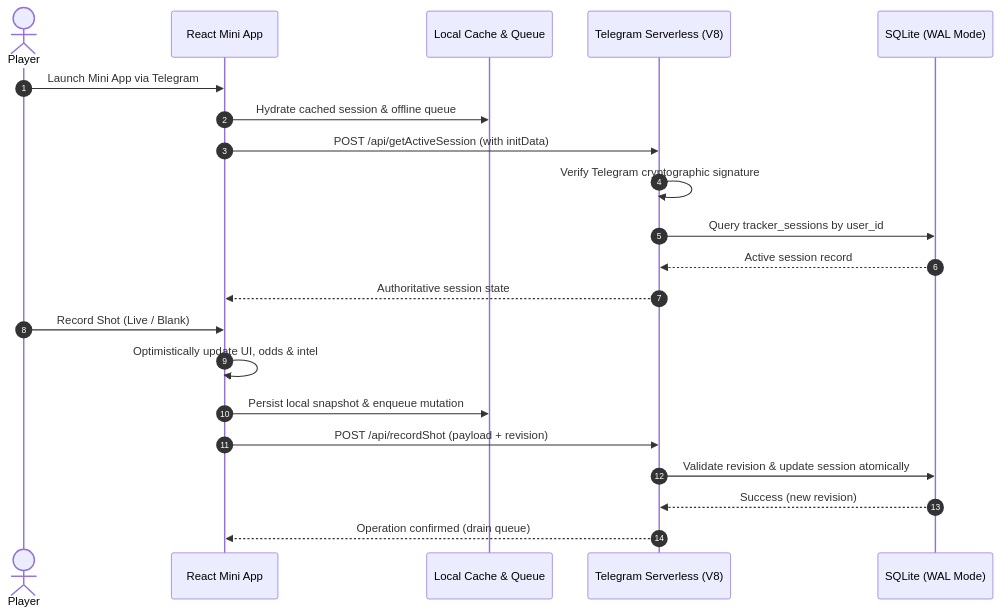
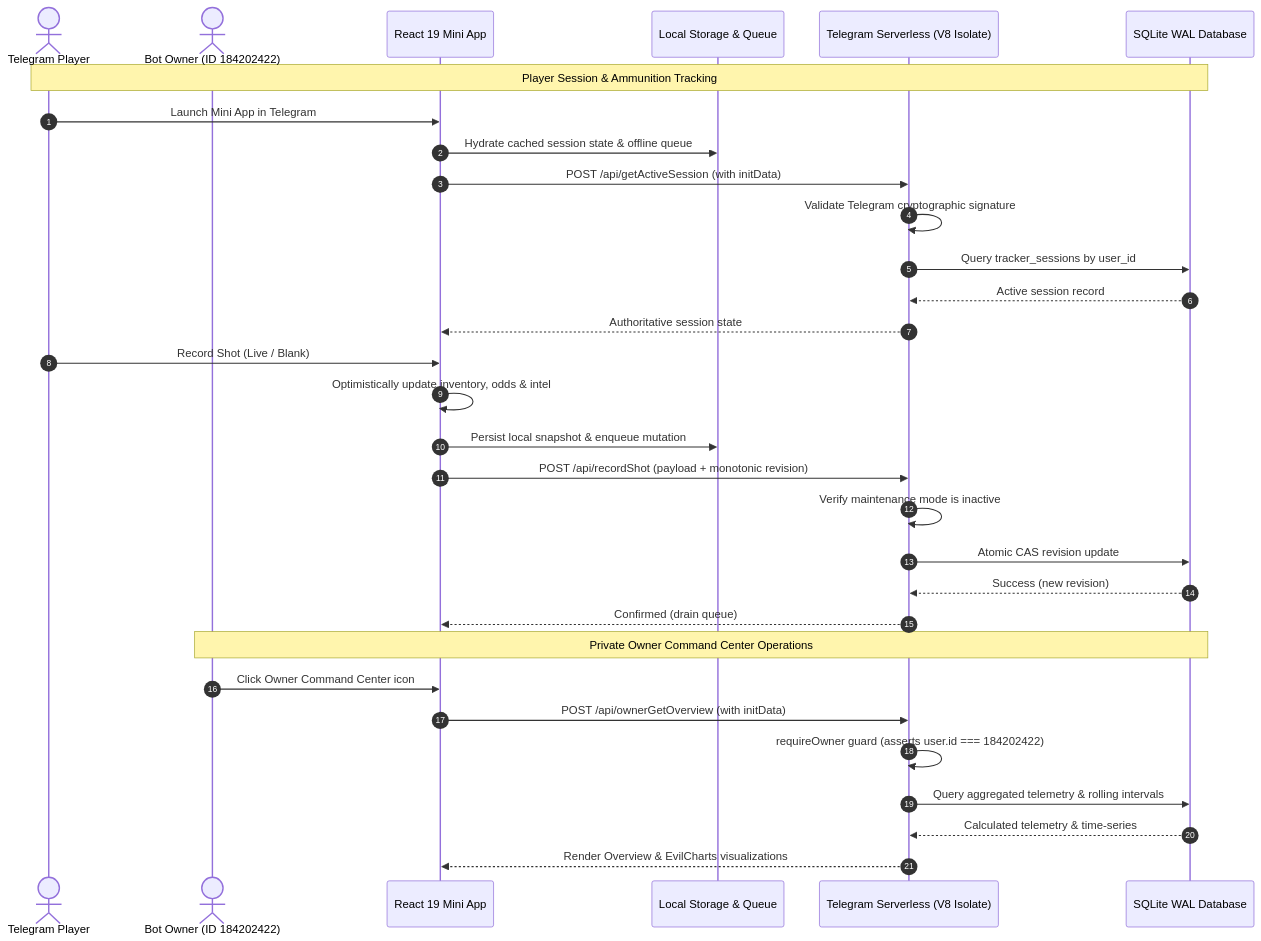
Before and after one commit to Greenhawk5/Buckshot-Tracker: the diagram in README.md, drawn with Mermaid. The commit also changed other lines of this file and 56 other files, not shown here.

Commit message:
feat(v1.2.0): complete owner command center and application redesign

````diff
--- a/README.md
+++ b/README.md
@@ -151,25 +161,37 @@
 ```mermaid
 sequenceDiagram
     autonumber
-    actor User as Player
-    participant App as React Mini App
-    participant Storage as Local Cache & Queue
-    participant Cloud as Telegram Serverless (V8)
-    participant DB as SQLite (WAL Mode)
+    actor Player as Telegram Player
+    actor Owner as Bot Owner (ID 184202422)
+    participant Client as React 19 Mini App
+    participant Storage as Local Storage & Queue
+    participant Serverless as Telegram Serverless (V8 Isolate)
+    participant DB as SQLite WAL Database
 
-    User->>App: Launch Mini App via Telegram
-    App->>Storage: Hydrate cached session & offline queue
-    App->>Cloud: POST /api/getActiveSession (with initData)
-    Cloud->>Cloud: Verify Telegram cryptographic signature
-    Cloud->>DB: Query tracker_sessions by user_id
-    DB-->>Cloud: Active session record
-    Cloud-->>App: Authoritative session state
+    %% Player Session Flow
+    Note over Player,DB: Player Session & Ammunition Tracking
+    Player->>Client: Launch Mini App in Telegram
+    Client->>Storage: Hydrate cached session state & offline queue
+    Client->>Serverless: POST /api/getActiveSession (with initData)
+    Serverless->>Serverless: Validate Telegram cryptographic signature
+    Serverless->>DB: Query tracker_sessions by user_id
+    DB-->>Serverless: Active session record
+    Serverless-->>Client: Authoritative session state
+    Player->>Client: Record Shot (Live / Blank)
+    Client->>Client: Optimistically update inventory, odds & intel
+    Client->>Storage: Persist local snapshot & enqueue mutation
+    Client->>Serverless: POST /api/recordShot (payload + monotonic revision)
+    Serverless->>Serverless: Verify maintenance mode is inactive
+    Serverless->>DB: Atomic CAS revision update
+    DB-->>Serverless: Success (new revision)
+    Serverless-->>Client: Confirmed (drain queue)
 
-    User->>App: Record Shot (Live / Blank)
-    App->>App: Optimistically update UI, odds & intel
-    App->>Storage: Persist local snapshot & enqueue mutation
-    App->>Cloud: POST /api/recordShot (payload + revision)
-    Cloud->>DB: Validate revision & update session atomically
-    DB-->>Cloud: Success (new revision)
-    Cloud-->>App: Operation confirmed (drain queue)
+    %% Owner Command Center Flow
+    Note over Owner,DB: Private Owner Command Center Operations
+    Owner->>Client: Click Owner Command Center icon
+    Client->>Serverless: POST /api/ownerGetOverview (with initData)
+    Serverless->>Serverless: requireOwner guard (asserts user.id === 184202422)
+    Serverless->>DB: Query aggregated telemetry & rolling intervals
+    DB-->>Serverless: Calculated telemetry & time-series
+    Serverless-->>Client: Render Overview & EvilCharts visualizations
 ```
````
